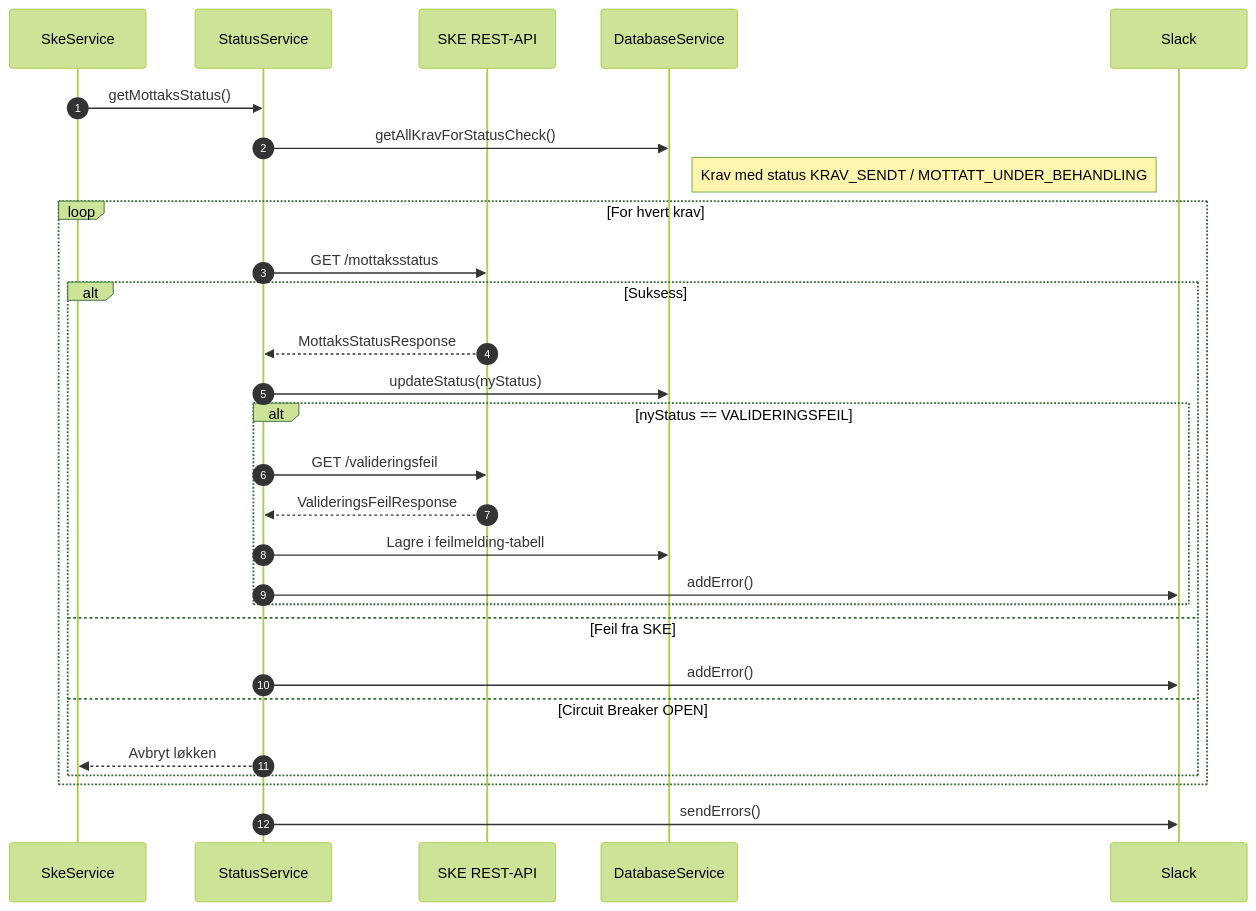
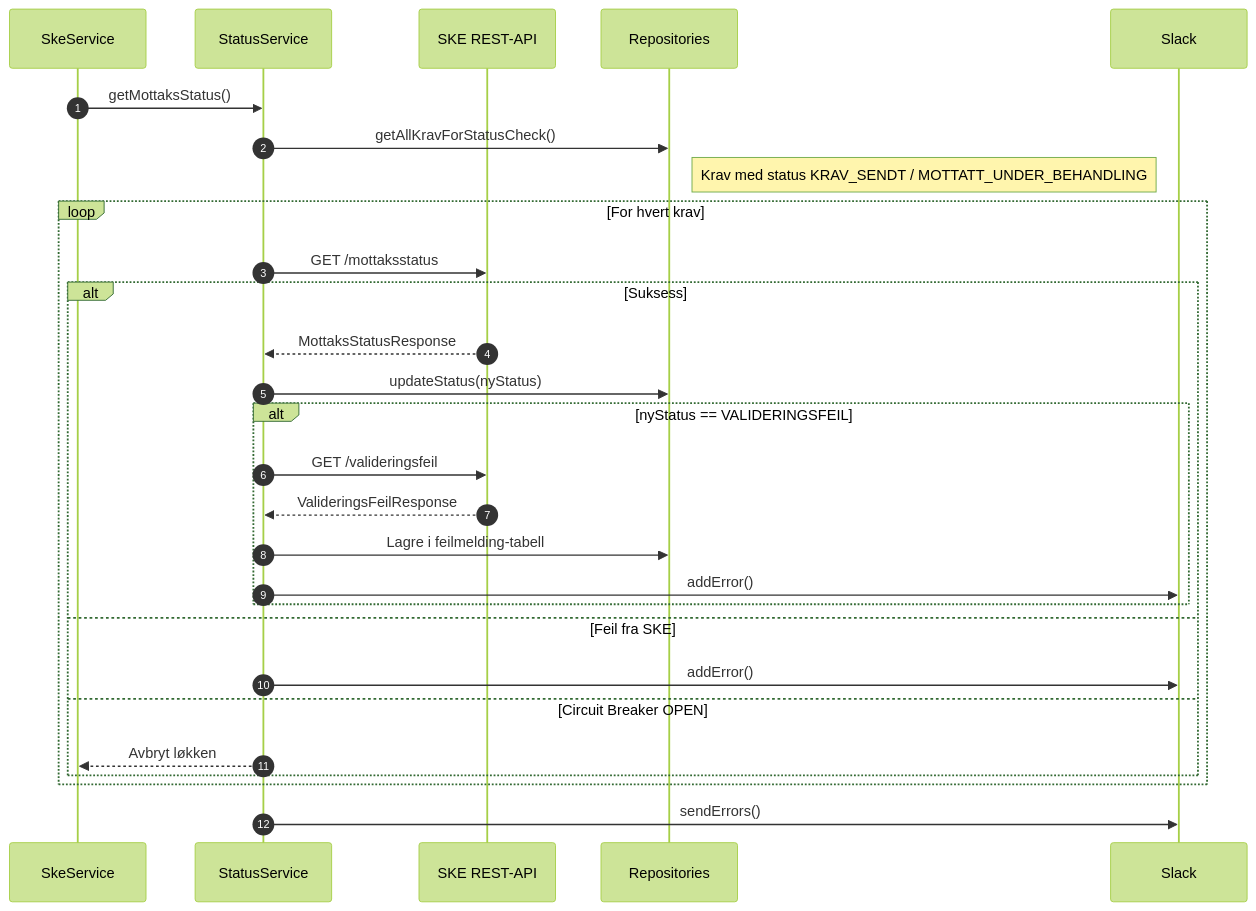
One commit to navikt/sokos-ske-krav changed the fourth of 6 diagrams in dokumentasjon/arkitektur/Funksjonell_flyt.md. Above: the diagram before and after it, drawn with Mermaid (forest theme). The commit also changed other lines of this file and 52 other files, not shown here.

````diff
--- a/dokumentasjon/arkitektur/Funksjonell_flyt.md
+++ b/dokumentasjon/arkitektur/Funksjonell_flyt.md
@@ -139,30 +142,30 @@
 ```mermaid
 sequenceDiagram
     autonumber
     participant SkeService
     participant StatusService
     participant SKE as SKE REST-API
-    participant DB as DatabaseService
+    participant DB as Repositories
     participant Slack
     SkeService->>StatusService: getMottaksStatus()
     StatusService->>DB: getAllKravForStatusCheck()
     note right of DB: Krav med status KRAV_SENDT / MOTTATT_UNDER_BEHANDLING
     loop For hvert krav
         StatusService->>SKE: GET /mottaksstatus
         alt Suksess
             SKE-->>StatusService: MottaksStatusResponse
             StatusService->>DB: updateStatus(nyStatus)
             alt nyStatus == VALIDERINGSFEIL
                 StatusService->>SKE: GET /valideringsfeil
                 SKE-->>StatusService: ValideringsFeilResponse
                 StatusService->>DB: Lagre i feilmelding-tabell
                 StatusService->>Slack: addError()
             end
         else Feil fra SKE
             StatusService->>Slack: addError()
         else Circuit Breaker OPEN
             StatusService-->>SkeService: Avbryt løkken
         end
     end
     StatusService->>Slack: sendErrors()
 ```
````
